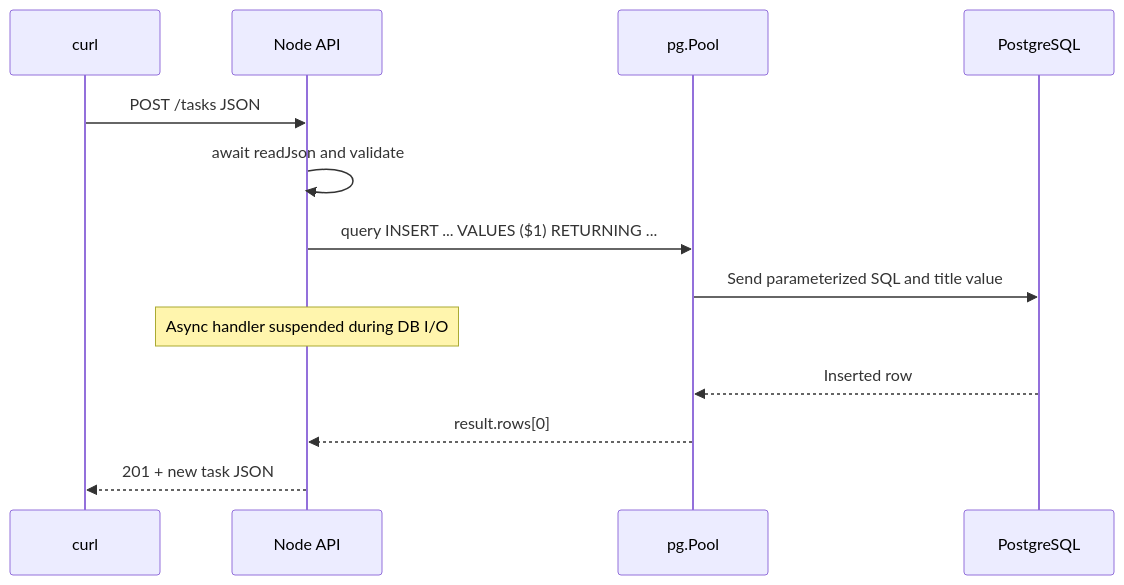
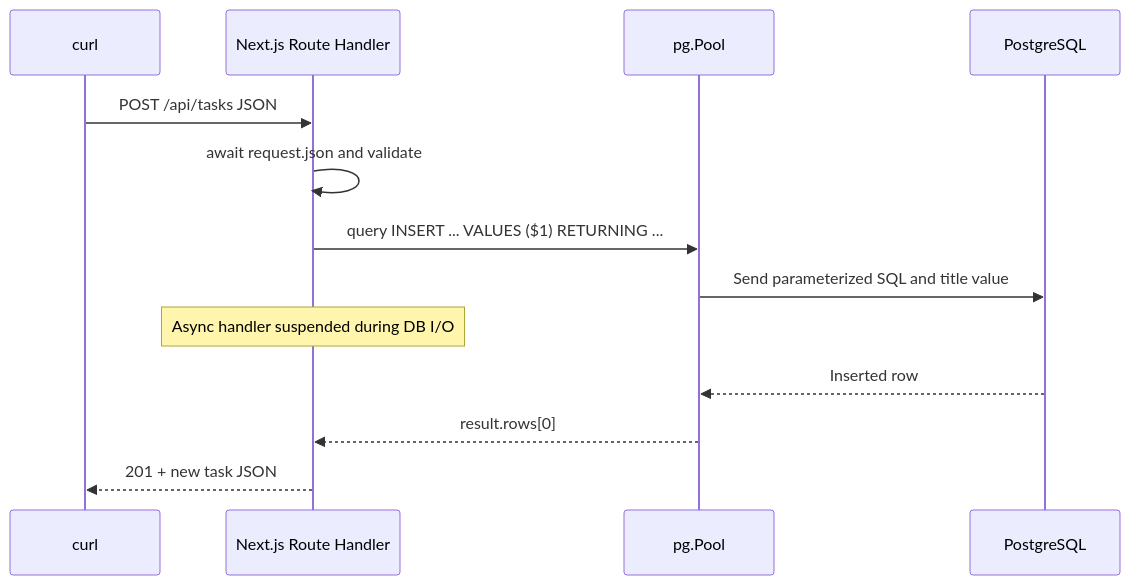
Before and after one commit to pratulsharma/minitrack: the second of 2 diagrams in lessons/day-3.md, drawn with Mermaid. The commit also changed other lines of this file and 45 other files, not shown here.

````diff
--- a/lessons/day-3.md
+++ b/lessons/day-3.md
@@ -23,15 +23,15 @@
 ```mermaid
 sequenceDiagram
   participant Client as curl
-  participant Node as Node API
+  participant Next as Next.js Route Handler
   participant Pool as pg.Pool
   participant DB as PostgreSQL
-  Client->>Node: POST /tasks JSON
-  Node->>Node: await readJson and validate
-  Node->>Pool: query INSERT ... VALUES ($1) RETURNING ...
+  Client->>Next: POST /api/tasks JSON
+  Next->>Next: await request.json and validate
+  Next->>Pool: query INSERT ... VALUES ($1) RETURNING ...
   Pool->>DB: Send parameterized SQL and title value
-  Note over Node: Async handler suspended during DB I/O
+  Note over Next: Async handler suspended during DB I/O
   DB-->>Pool: Inserted row
-  Pool-->>Node: result.rows[0]
-  Node-->>Client: 201 + new task JSON
+  Pool-->>Next: result.rows[0]
+  Next-->>Client: 201 + new task JSON
 ```
````
